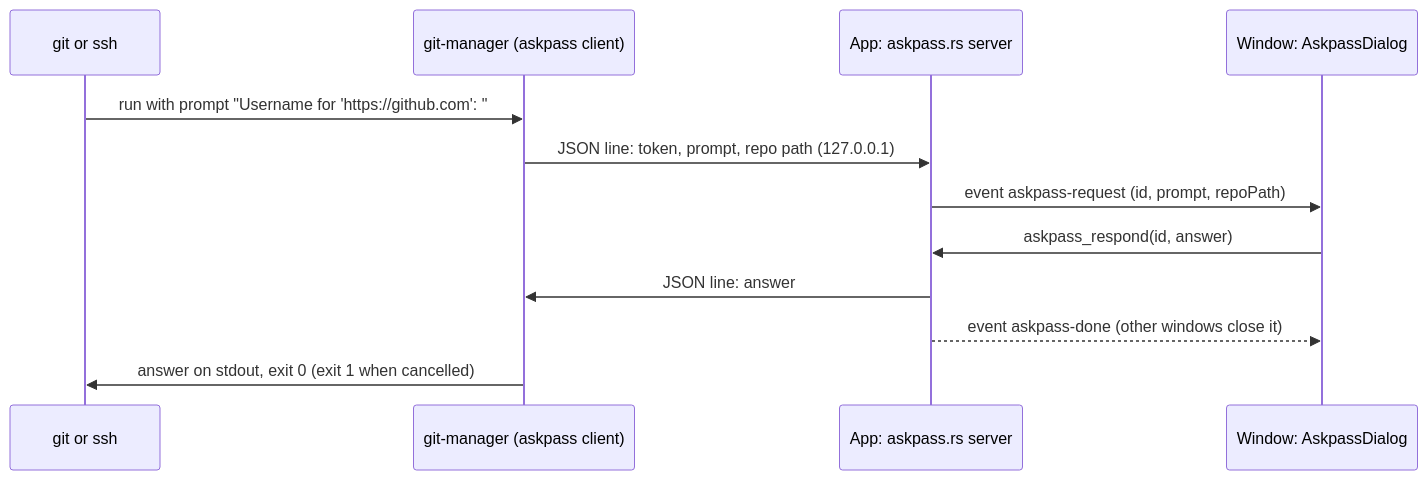
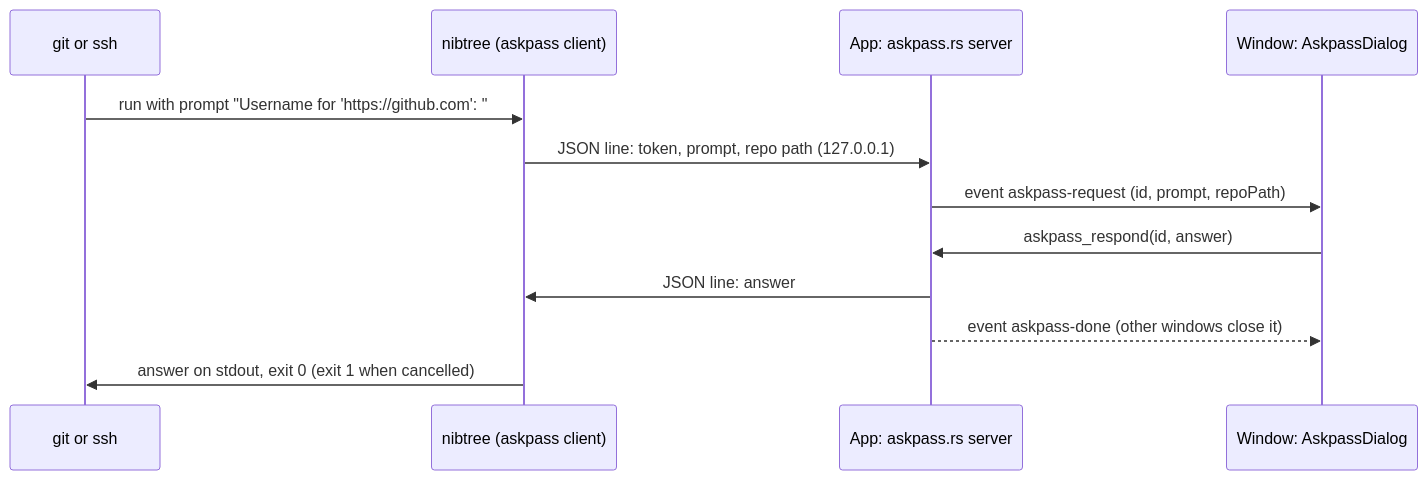
One commit to shibbirweb/git-manager changed the diagram in docs/wiki/developer/How-Sign-In-Prompts-Work.md. Above: the diagram before and after it, drawn with Mermaid. The commit also changed 268 other files, not shown here.

Commit message:
feat:[GM-142] Git Manager is now Nibtree

````diff
--- a/docs/wiki/developer/How-Sign-In-Prompts-Work.md
+++ b/docs/wiki/developer/How-Sign-In-Prompts-Work.md
@@ -13,14 +13,14 @@
 ```mermaid
 sequenceDiagram
   participant G as git or ssh
-  participant C as git-manager (askpass client)
+  participant C as nibtree (askpass client)
   participant S as App: askpass.rs server
   participant W as Window: AskpassDialog
   G->>C: run with prompt "Username for 'https://github.com': "
   C->>S: JSON line: token, prompt, repo path (127.0.0.1)
   S->>W: event askpass-request (id, prompt, repoPath)
   W->>S: askpass_respond(id, answer)
   S->>C: JSON line: answer
   S-->>W: event askpass-done (other windows close it)
   C->>G: answer on stdout, exit 0 (exit 1 when cancelled)
 ```
````
